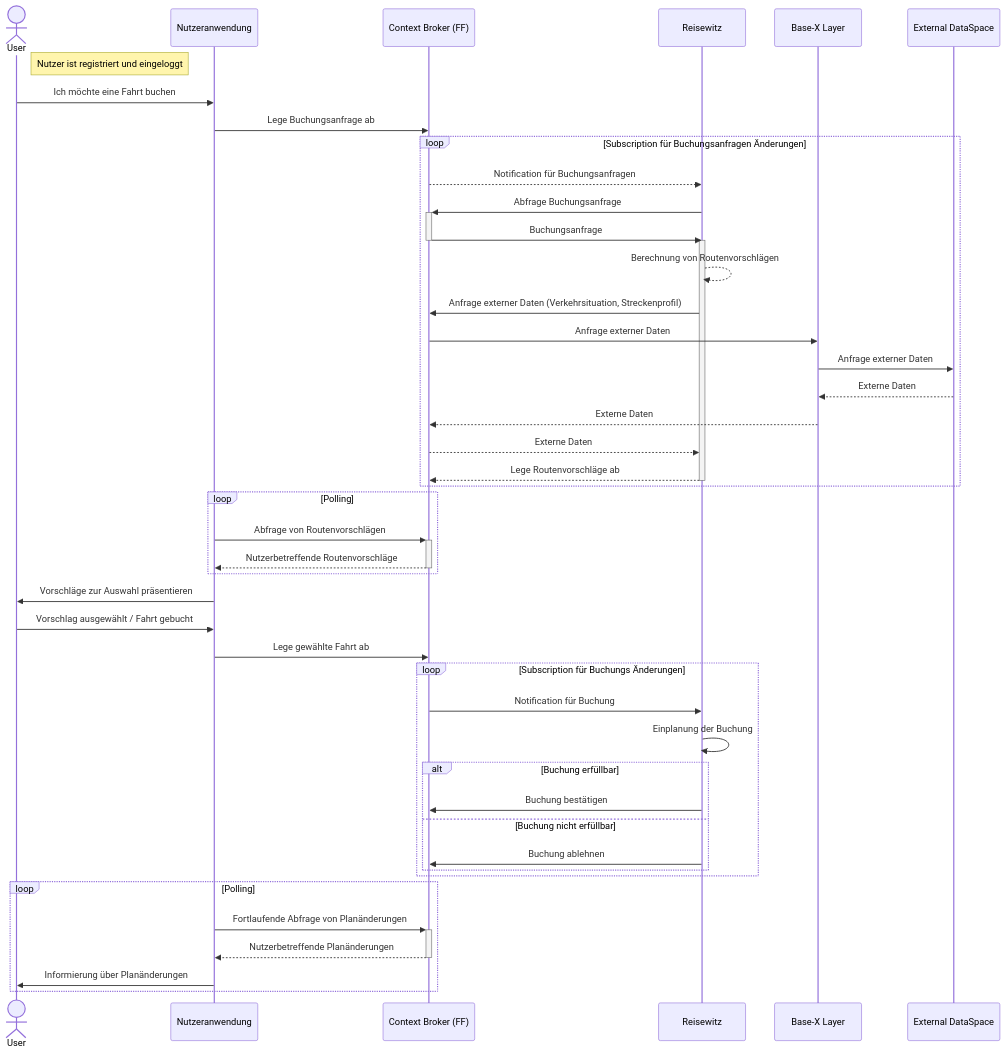
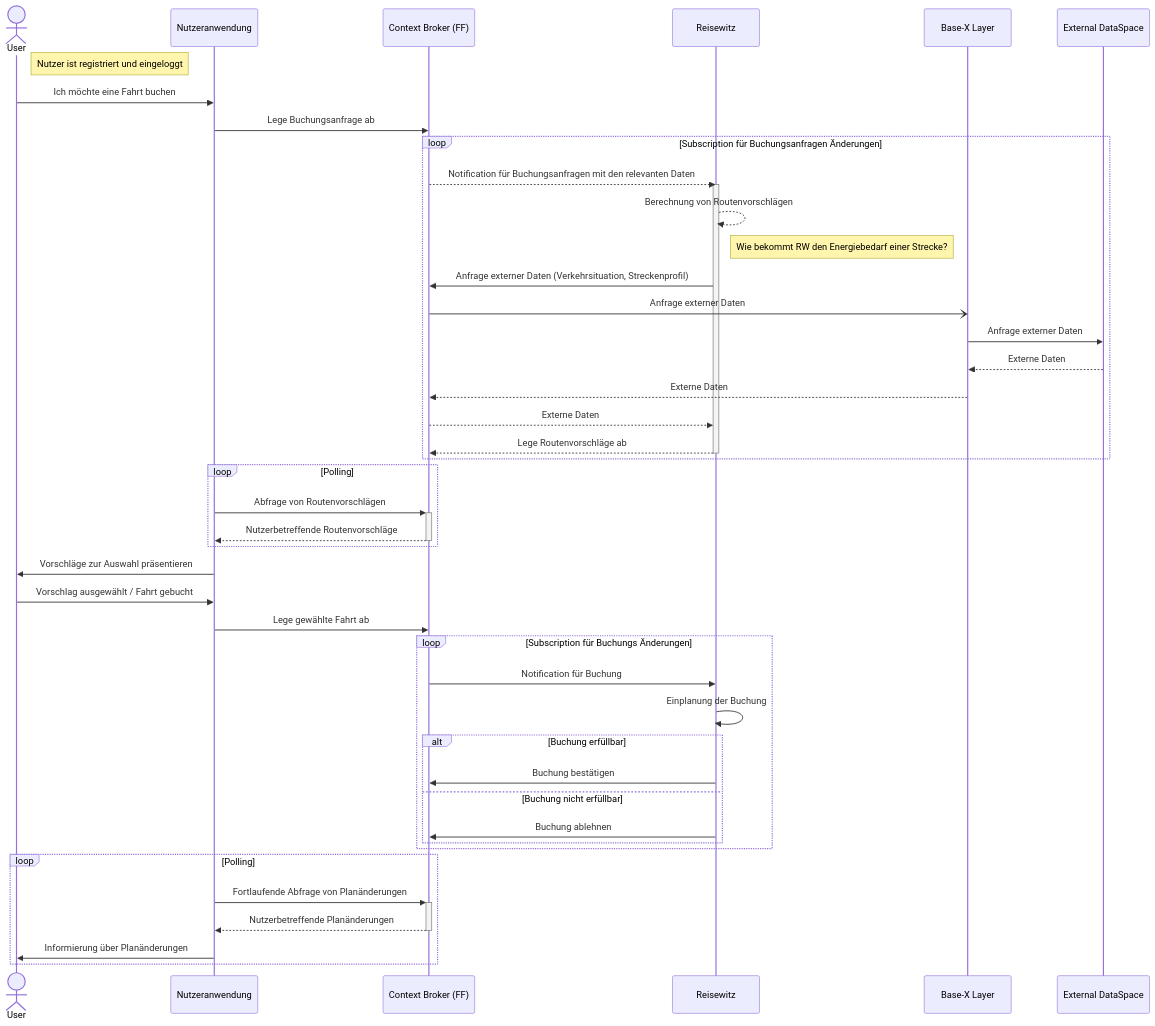
One commit to NeMo-bil/documentation changed the diagram in README.md. Above: the diagram before and after it, drawn with Mermaid.

````diff
--- a/README.md
+++ b/README.md
@@ -8,61 +8,59 @@
 ```mermaid
 sequenceDiagram
 %% auskommentieren wenn wir Details zur Kommunikation aufschreiben
 %% autonumber
 %% Benutzer definieren
 actor User
 %% technische Teilnehmer/Componenten definieren
 participant App as Nutzeranwendung
 participant CB as Context Broker (FF)
 participant RW as Reisewitz
 participant BX as Base-X Layer
 participant EXDS as External DataSpace
 
 Note right of User: Nutzer ist registriert und eingeloggt
 User->>App: Ich möchte eine Fahrt buchen
 App->>CB: Lege Buchungsanfrage ab
 loop Subscription für Buchungsanfragen Änderungen
-CB-->>RW: Notification für Buchungsanfragen
-RW->>+CB: Abfrage Buchungsanfrage
-
-CB->>-RW: Buchungsanfrage
+CB-->>RW: Notification für Buchungsanfragen mit den relevanten Daten
 
 activate RW
 RW-->>RW: Berechnung von Routenvorschlägen
 %% Abfrage von Streckenprofil in gegebenem Bereich -> Abgleich des ermittelten Energiebedarfs/Zielzeit
+Note right of RW: Wie bekommt RW den Energiebedarf einer Strecke?
 RW->>CB:Anfrage externer Daten (Verkehrsituation, Streckenprofil)
-CB->>BX:Anfrage externer Daten 
+CB-)BX:Anfrage externer Daten 
 BX->>EXDS: Anfrage externer Daten 
 EXDS-->>BX: Externe Daten 
 BX-->>CB: Externe Daten 
 CB-->>RW: Externe Daten 
 
 RW-->>CB: Lege Routenvorschläge ab
 deactivate RW
 end
 
 loop Polling
 App->>+CB: Abfrage von Routenvorschlägen
 CB-->>-App: Nutzerbetreffende Routenvorschläge
 end
 
 App->>User: Vorschläge zur Auswahl präsentieren
 User->>App: Vorschlag ausgewählt / Fahrt gebucht
 App->>CB: Lege gewählte Fahrt ab
 
 loop Subscription für Buchungs Änderungen
 CB->>RW: Notification für Buchung
 RW->>RW: Einplanung der Buchung
     alt Buchung erfüllbar
             RW->>CB:  Buchung bestätigen
     else Buchung nicht erfüllbar
             RW->>CB:  Buchung ablehnen
     end
 end
 
 loop Polling
 App->>+CB: Fortlaufende Abfrage von Planänderungen
 CB-->>-App: Nutzerbetreffende Planänderungen
 App->>User: Informierung über Planänderungen
 end
 ```
````
